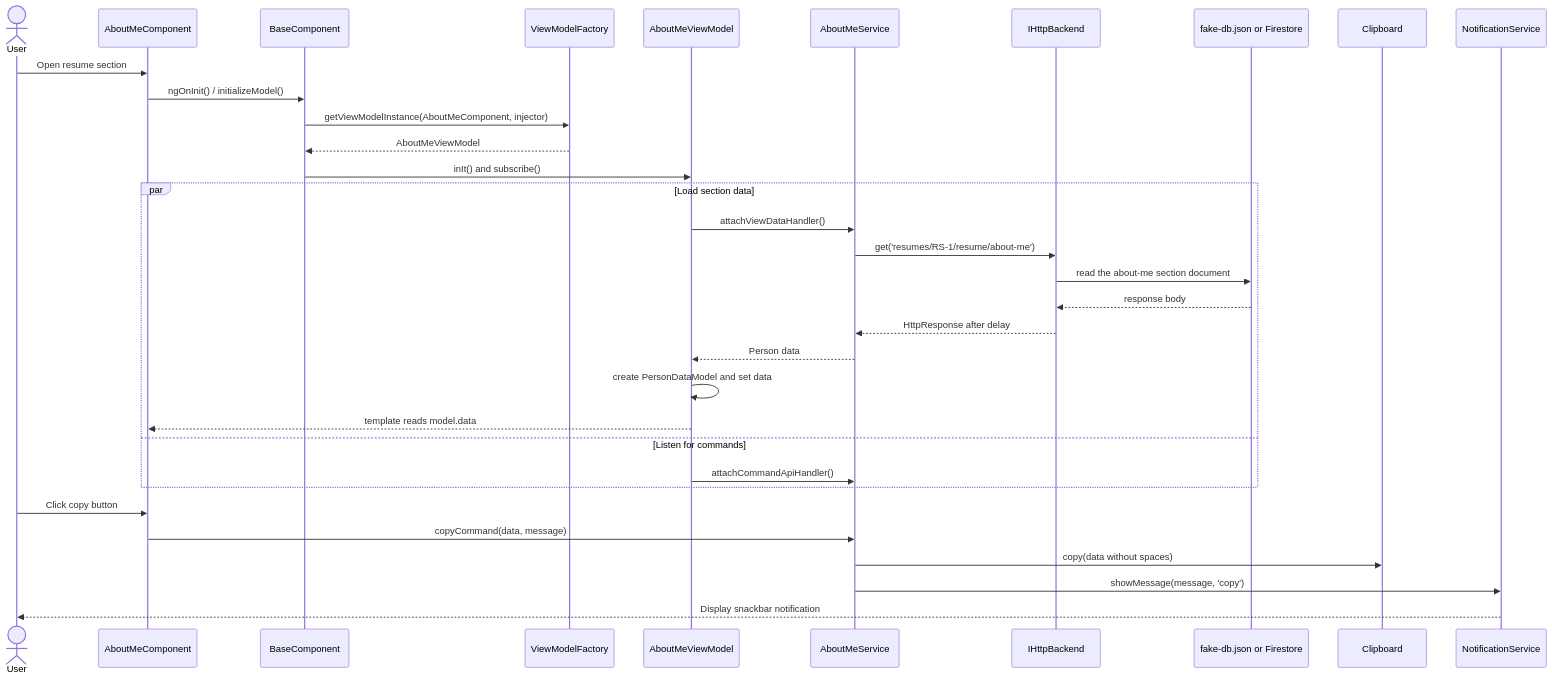
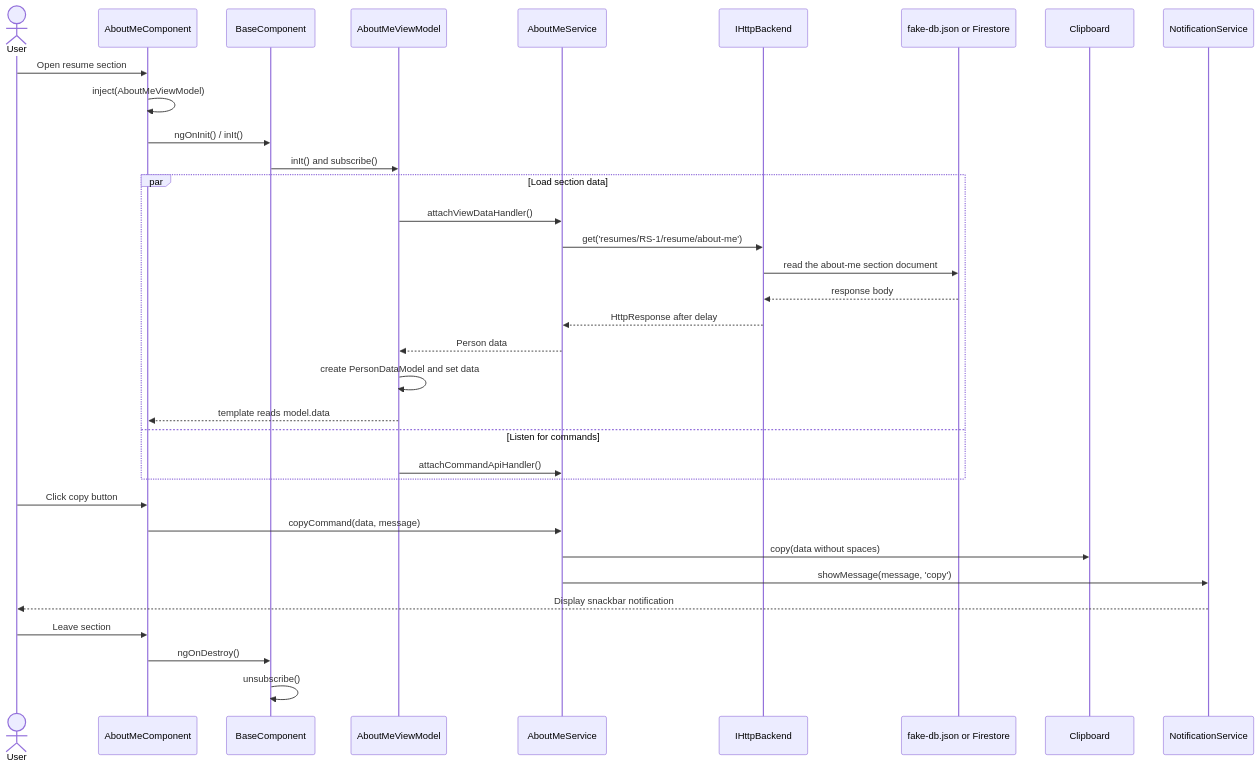
Before and after one commit to RaviAkhouri30/Resume3.0: the third of 3 diagrams in README.md, drawn with Mermaid. The commit also changed other lines of this file and 40 other files, not shown here.

````diff
--- a/README.md
+++ b/README.md
@@ -305,37 +363,38 @@
 ```mermaid
 sequenceDiagram
     actor User
     participant AboutMe as AboutMeComponent
     participant Base as BaseComponent
-    participant Factory as ViewModelFactory
     participant VM as AboutMeViewModel
     participant Service as AboutMeService
     participant HTTP as IHttpBackend
     participant DB as fake-db.json or Firestore
     participant Clipboard
     participant Notice as NotificationService
 
     User->>AboutMe: Open resume section
-    AboutMe->>Base: ngOnInit() / initializeModel()
-    Base->>Factory: getViewModelInstance(AboutMeComponent, injector)
-    Factory-->>Base: AboutMeViewModel
+    AboutMe->>AboutMe: inject(AboutMeViewModel)
+    AboutMe->>Base: ngOnInit() / inIt()
     Base->>VM: inIt() and subscribe()
     par Load section data
         VM->>Service: attachViewDataHandler()
         Service->>HTTP: get('resumes/RS-1/resume/about-me')
         HTTP->>DB: read the about-me section document
         DB-->>HTTP: response body
         HTTP-->>Service: HttpResponse after delay
         Service-->>VM: Person data
         VM->>VM: create PersonDataModel and set data
         VM-->>AboutMe: template reads model.data
     and Listen for commands
         VM->>Service: attachCommandApiHandler()
     end
 
     User->>AboutMe: Click copy button
     AboutMe->>Service: copyCommand(data, message)
     Service->>Clipboard: copy(data without spaces)
     Service->>Notice: showMessage(message, 'copy')
     Notice-->>User: Display snackbar notification
+    User->>AboutMe: Leave section
+    AboutMe->>Base: ngOnDestroy()
+    Base->>Base: unsubscribe()
 ```
````
